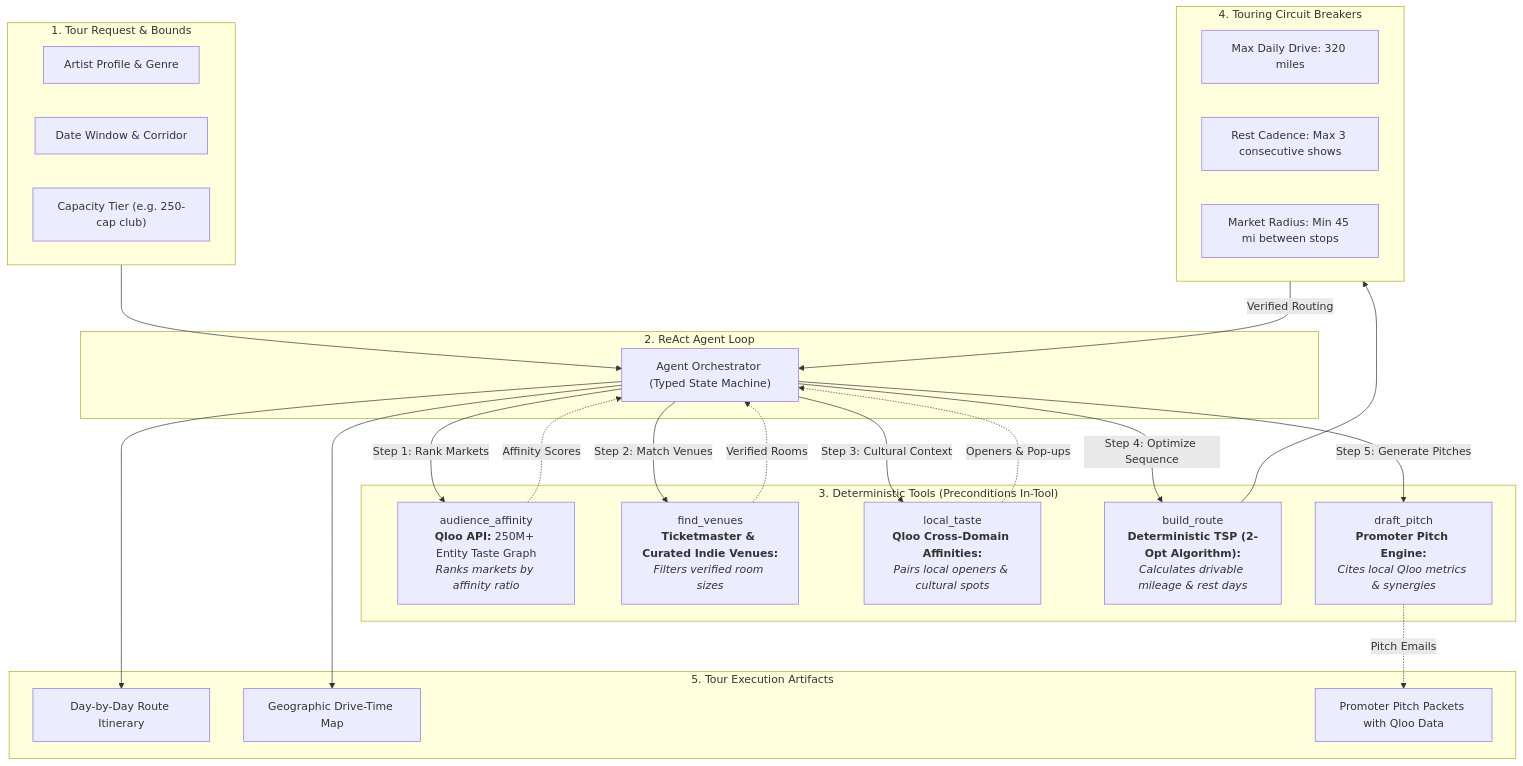
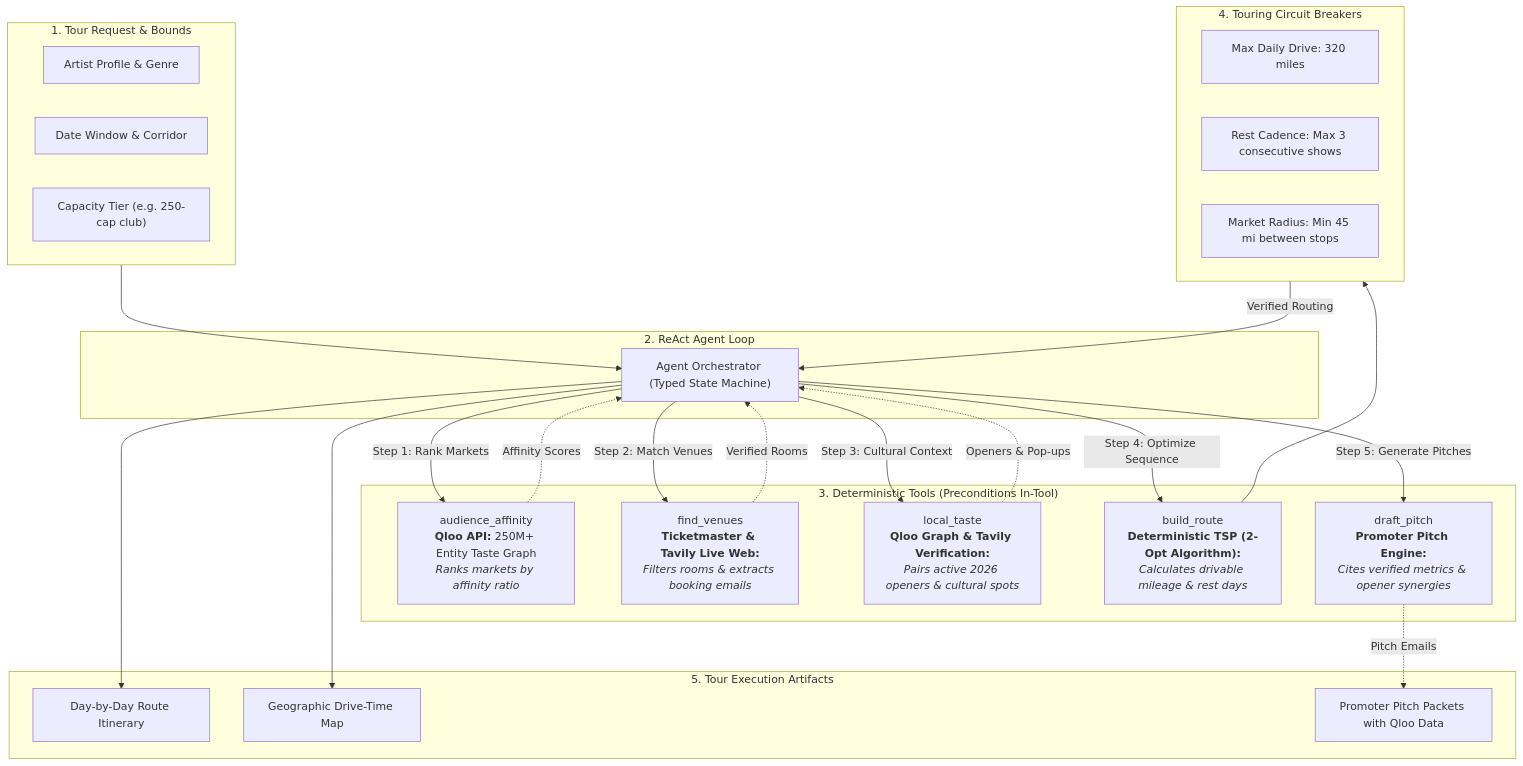
One commit to aryamantepal/roadie changed the diagram in README.md. Above: the diagram before and after it, drawn with Mermaid. The commit also changed other lines of this file and 8 other files, not shown here.

Commit message:
feat: Integrate Tavily for live venue booking contact enrichment and opener verification

````diff
--- a/README.md
+++ b/README.md
@@ -35,47 +35,47 @@
 ```mermaid
 flowchart TD
     subgraph Inputs["1. Tour Request & Bounds"]
         In1["Artist Profile & Genre"]
         In2["Date Window & Corridor"]
         In3["Capacity Tier (e.g. 250-cap club)"]
     end
 
     subgraph Core["2. ReAct Agent Loop"]
         Orch["Agent Orchestrator (Typed State Machine)"]
     end
 
     subgraph Tools["3. Deterministic Tools (Preconditions In-Tool)"]
         T1["audience_affinity<br/><b>Qloo API:</b> 250M+ Entity Taste Graph<br/><i>Ranks markets by affinity ratio</i>"]
-        T2["find_venues<br/><b>Ticketmaster & Curated Indie Venues:</b><br/><i>Filters verified room sizes</i>"]
-        T3["local_taste<br/><b>Qloo Cross-Domain Affinities:</b><br/><i>Pairs local openers & cultural spots</i>"]
+        T2["find_venues<br/><b>Ticketmaster & Tavily Live Web:</b><br/><i>Filters rooms & extracts booking emails</i>"]
+        T3["local_taste<br/><b>Qloo Graph & Tavily Verification:</b><br/><i>Pairs active 2026 openers & cultural spots</i>"]
         T4["build_route<br/><b>Deterministic TSP (2-Opt Algorithm):</b><br/><i>Calculates drivable mileage & rest days</i>"]
-        T5["draft_pitch<br/><b>Promoter Pitch Engine:</b><br/><i>Cites local Qloo metrics & synergies</i>"]
+        T5["draft_pitch<br/><b>Promoter Pitch Engine:</b><br/><i>Cites verified metrics & opener synergies</i>"]
     end
 
     subgraph Validation["4. Touring Circuit Breakers"]
         V1["Max Daily Drive: 320 miles"]
         V2["Rest Cadence: Max 3 consecutive shows"]
         V3["Market Radius: Min 45 mi between stops"]
     end
 
     subgraph Artifacts["5. Tour Execution Artifacts"]
         Out1["Day-by-Day Route Itinerary"]
         Out2["Geographic Drive-Time Map"]
         Out3["Promoter Pitch Packets with Qloo Data"]
     end
 
     Inputs --> Orch
     Orch -->|Step 1: Rank Markets| T1
     T1 -.->|Affinity Scores| Orch
     Orch -->|Step 2: Match Venues| T2
     T2 -.->|Verified Rooms| Orch
     Orch -->|Step 3: Cultural Context| T3
     T3 -.->|Openers & Pop-ups| Orch
     Orch -->|Step 4: Optimize Sequence| T4
     T4 --> Validation
     Validation -->|Verified Routing| Orch
     Orch -->|Step 5: Generate Pitches| T5
     T5 -.->|Pitch Emails| Out3
     Orch --> Out1
     Orch --> Out2
 ```
````
